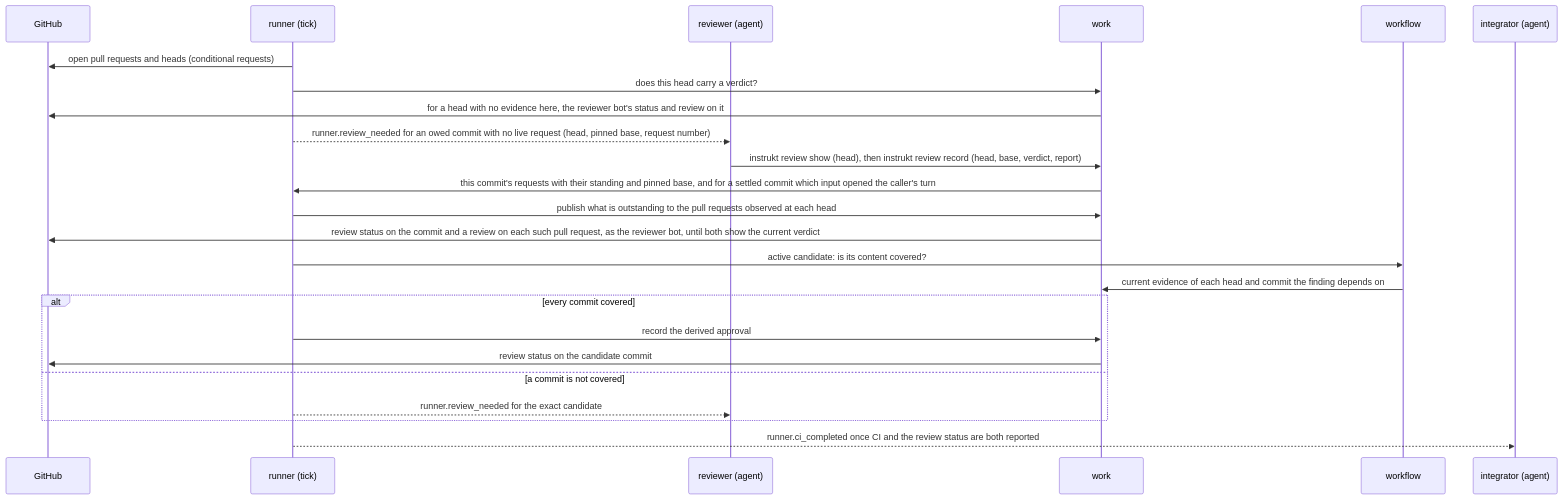
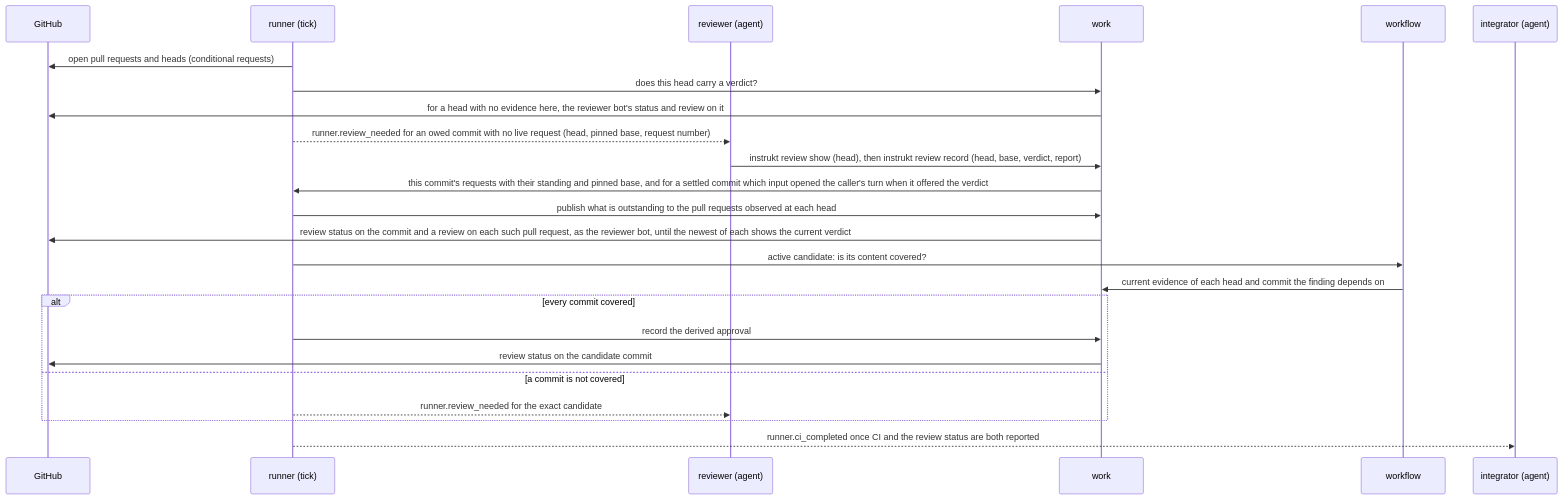
Before and after one commit to InstruktAI/instrukt: the fifth of 5 diagrams in docs/project/design/architecture/overview.md, drawn with Mermaid. The commit also changed other lines of this file and 5 other files, not shown here.

````diff
--- a/docs/project/design/architecture/overview.md
+++ b/docs/project/design/architecture/overview.md
@@ -461,26 +461,26 @@
 ```mermaid
 sequenceDiagram
   participant G as GitHub
   participant R as runner (tick)
   participant V as reviewer (agent)
   participant W as work
   participant F as workflow
   participant I as integrator (agent)
   R->>G: open pull requests and heads (conditional requests)
   R->>W: does this head carry a verdict?
   W->>G: for a head with no evidence here, the reviewer bot's status and review on it
   R-->>V: runner.review_needed for an owed commit with no live request (head, pinned base, request number)
   V->>W: instrukt review show (head), then instrukt review record (head, base, verdict, report)
-  W->>R: this commit's requests with their standing and pinned base, and for a settled commit which input opened the caller's turn
+  W->>R: this commit's requests with their standing and pinned base, and for a settled commit which input opened the caller's turn when it offered the verdict
   R->>W: publish what is outstanding to the pull requests observed at each head
-  W->>G: review status on the commit and a review on each such pull request, as the reviewer bot, until both show the current verdict
+  W->>G: review status on the commit and a review on each such pull request, as the reviewer bot, until the newest of each shows the current verdict
   R->>F: active candidate: is its content covered?
   F->>W: current evidence of each head and commit the finding depends on
   alt every commit covered
     R->>W: record the derived approval
     W->>G: review status on the candidate commit
   else a commit is not covered
     R-->>V: runner.review_needed for the exact candidate
   end
   R-->>I: runner.ci_completed once CI and the review status are both reported
 ```
````
